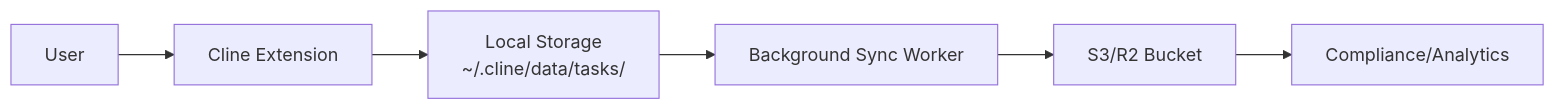
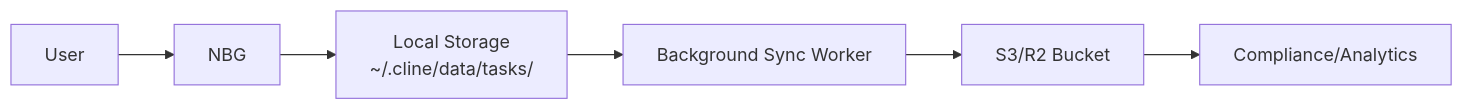
One commit to libUE4/NBG-CLI changed the diagram in docs/enterprise-solutions/monitoring/prompt-storage.mdx. Above: the diagram before and after it, drawn with Mermaid. The commit also changed other lines of this file, not shown here.

````diff
--- a/docs/enterprise-solutions/monitoring/prompt-storage.mdx
+++ b/docs/enterprise-solutions/monitoring/prompt-storage.mdx
@@ -32,8 +32,8 @@
 ```mermaid
 graph LR
-    A[User] --> B[Cline Extension]
+    A[User] --> B[NBG]
     B --> C[Local Storage<br/>~/.cline/data/tasks/]
     C --> D[Background Sync Worker]
     D --> E[S3/R2 Bucket]
     E --> F[Compliance/Analytics]
 ```
````
